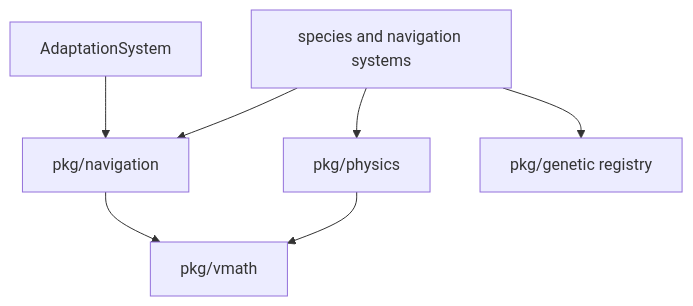
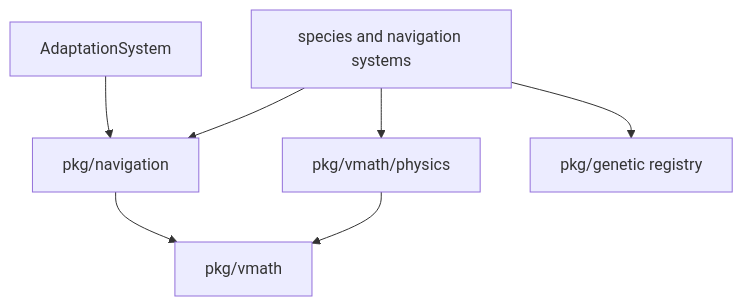
The first of 5 diagrams in doc/ai-physics-and-evolution.md (lixenwraith/vi-fighter), drawn with Mermaid before and after one commit. The commit also changed other lines of this file and 15 other files, not shown here.

````diff
--- a/doc/ai-physics-and-evolution.md
+++ b/doc/ai-physics-and-evolution.md
@@ -10,9 +10,9 @@
 ```mermaid
 flowchart TD
     Systems["species and navigation systems"] --> Navigation["pkg/navigation"]
-    Systems --> Physics["pkg/physics"]
+    Systems --> Physics["pkg/vmath/physics"]
     Systems --> Genetic["pkg/genetic registry"]
     Navigation --> VMath["pkg/vmath"]
     Physics --> VMath
     Adapt["AdaptationSystem"] --> Navigation
 ```
````
